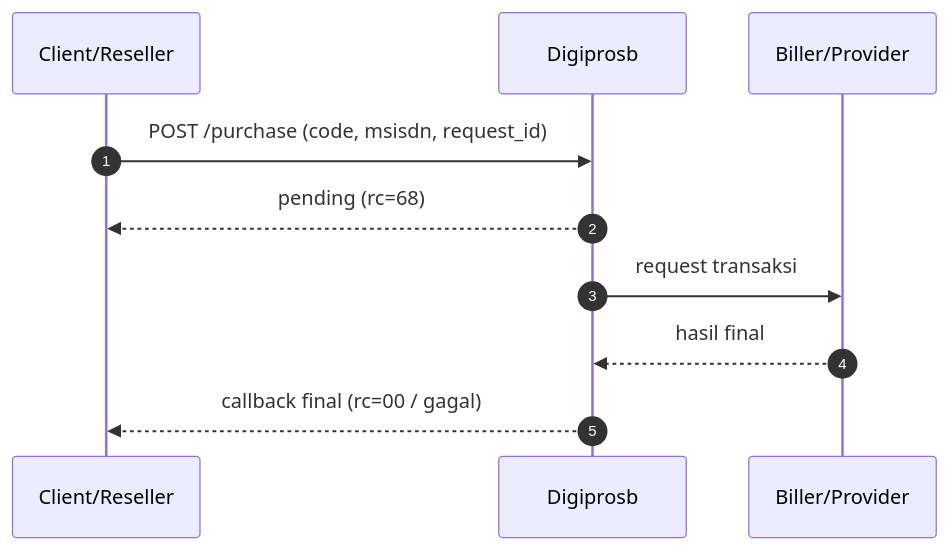
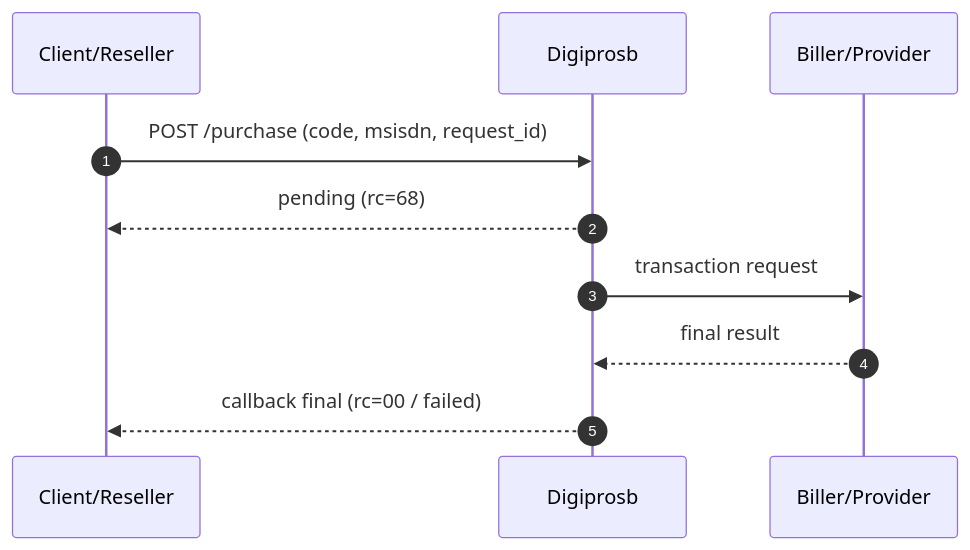
Before and after one commit to digiprosb/digiprosb-api-documentation: the first of 2 diagrams in doc/02-persiapan-integrasi.en.md, drawn with Mermaid. The commit also changed other lines of this file and 4 other files, not shown here.

````diff
--- a/doc/02-persiapan-integrasi.en.md
+++ b/doc/02-persiapan-integrasi.en.md
@@ -67,13 +67,13 @@
 ```mermaid
 sequenceDiagram
   autonumber
   participant Client as Client/Reseller
   participant Digiprosb as Digiprosb
   participant Biller as Biller/Provider
 
   Client->>Digiprosb: POST /purchase (code, msisdn, request_id)
   Digiprosb-->>Client: pending (rc=68)
-  Digiprosb->>Biller: request transaksi
-  Biller-->>Digiprosb: hasil final
-  Digiprosb-->>Client: callback final (rc=00 / gagal)
+  Digiprosb->>Biller: transaction request
+  Biller-->>Digiprosb: final result
+  Digiprosb-->>Client: callback final (rc=00 / failed)
 ```
````
